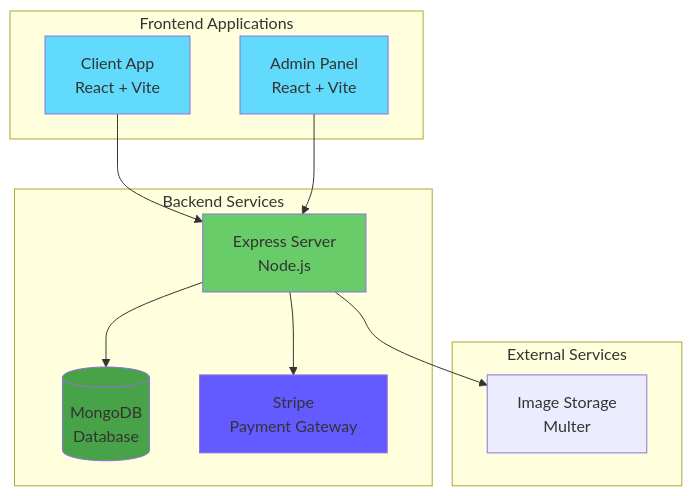
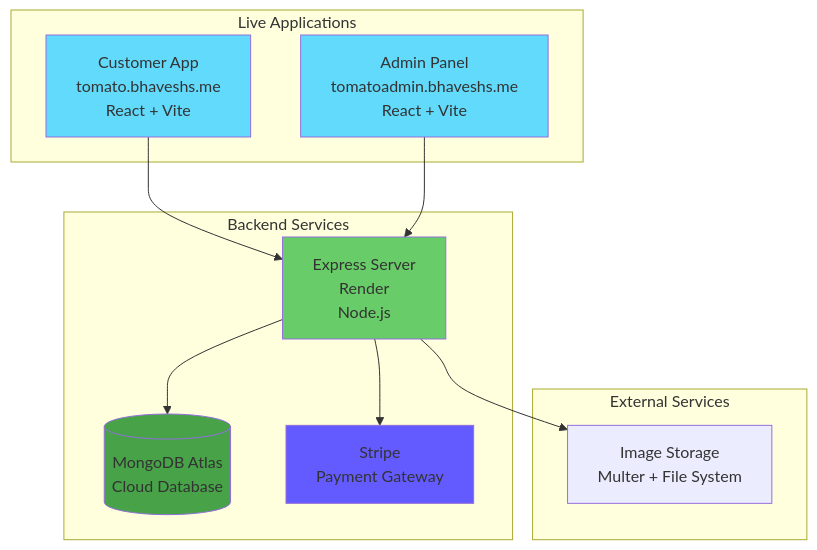
Before and after one commit to Bhaveshs1212/food-delivery-app: the first of 2 diagrams in README.md, drawn with Mermaid. The commit also changed other lines of this file, not shown here.

Commit message:
docs: update README with live demo links and environment configuration details

````diff
--- a/README.md
+++ b/README.md
@@ -31,29 +40,29 @@
 ```mermaid
 graph TB
-    subgraph "Frontend Applications"
-        C[Client App<br/>React + Vite]
-        A[Admin Panel<br/>React + Vite]
+    subgraph "Live Applications"
+        C[Customer App<br/>tomato.bhaveshs.me<br/>React + Vite]
+        A[Admin Panel<br/>tomatoadmin.bhaveshs.me<br/>React + Vite]
     end
     
     subgraph "Backend Services"
-        S[Express Server<br/>Node.js]
-        DB[(MongoDB<br/>Database)]
+        S[Express Server<br/>Render<br/>Node.js]
+        DB[(MongoDB Atlas<br/>Cloud Database)]
         ST[Stripe<br/>Payment Gateway]
     end
     
     subgraph "External Services"
-        IMG[Image Storage<br/>Multer]
+        IMG[Image Storage<br/>Multer + File System]
     end
     
     C --> S
     A --> S
     S --> DB
     S --> ST
     S --> IMG
     
     style C fill:#61dafb
     style A fill:#61dafb
     style S fill:#68cc68
     style DB fill:#47a248
     style ST fill:#635bff
 ```
````
